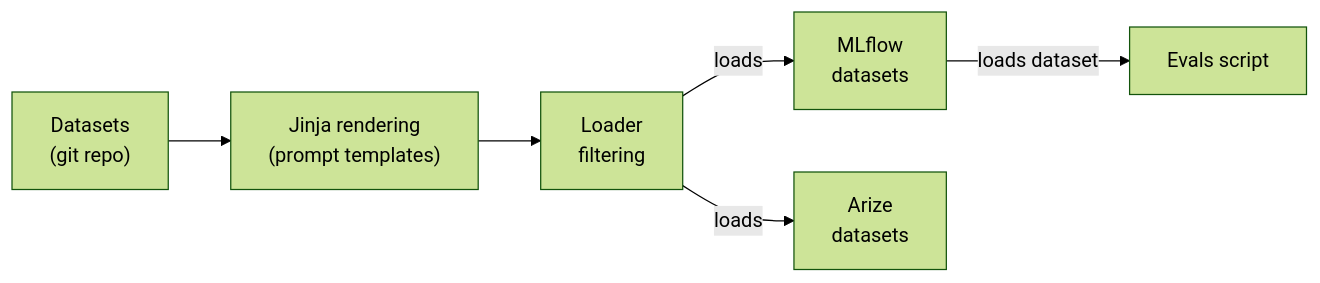
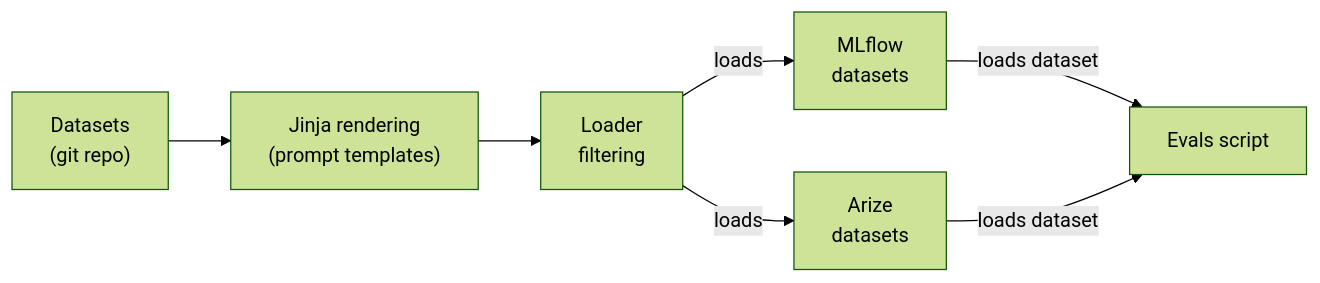
Before and after one commit to codiply/tech-market-researcher: the third of 5 diagrams in design.md, drawn with Mermaid (forest theme). The commit also changed other lines of this file and 11 other files, not shown here.

````diff
--- a/design.md
+++ b/design.md
@@ -98,15 +107,16 @@
 ```mermaid
 flowchart LR
     repo["Datasets<br/>(git repo)"]
     jinja["Jinja rendering<br/>(prompt templates)"]
     loader["Loader<br/>filtering"]
     mlflow_ds["MLflow<br/>datasets"]
     arize_ds["Arize<br/>datasets"]
     evals["Evals script"]
 
     repo --> jinja
     jinja --> loader
     loader -->|loads| mlflow_ds
     loader -->|loads| arize_ds
     mlflow_ds -->|loads dataset| evals
+    arize_ds -->|loads dataset| evals
 ```
````
